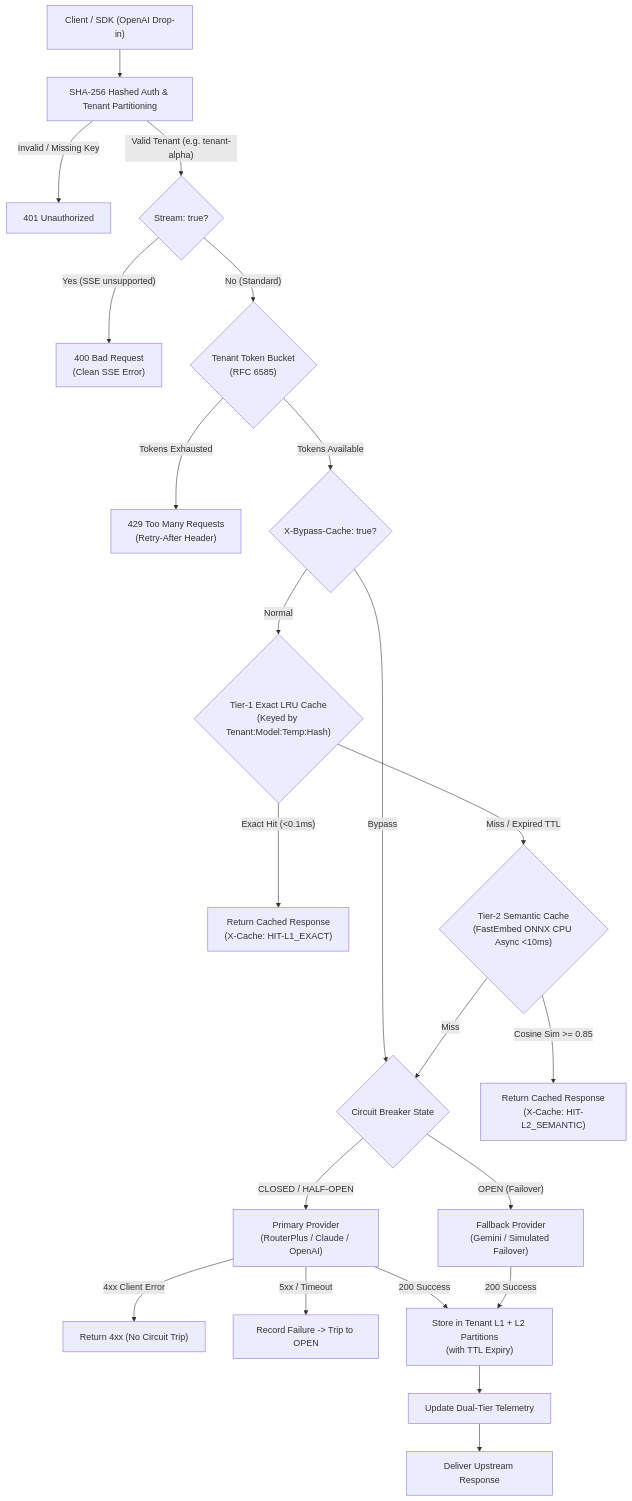
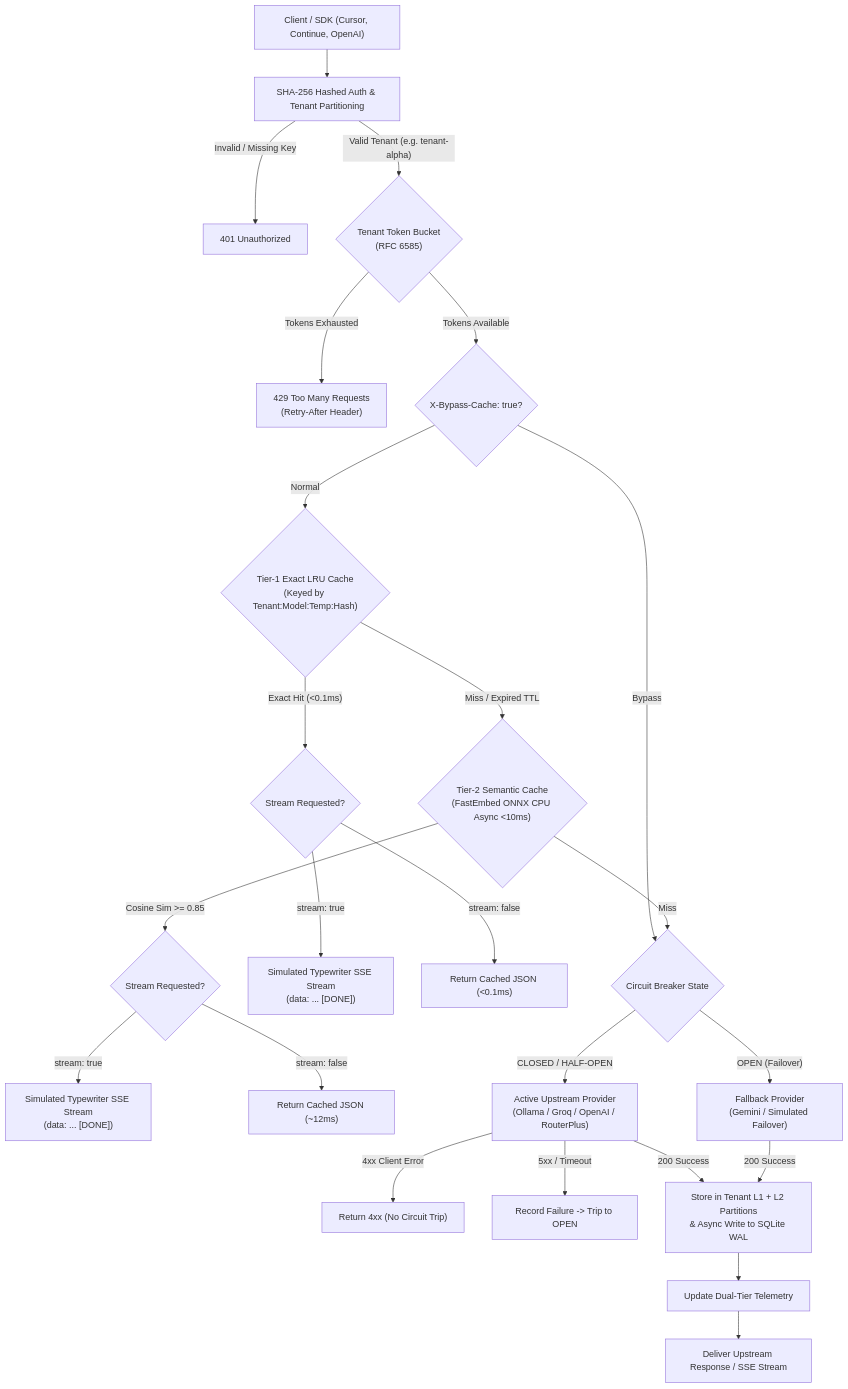
One commit to mihulbairagi/aegis-ai-gateway changed the diagram in README.md. Above: the diagram before and after it, drawn with Mermaid. The commit also changed other lines of this file and 12 other files, not shown here.

Commit message:
feat: production upgrade with SQLite WAL persistence, SSE streaming, multi-provider routing, web playground, and CLI entrypoint

````diff
--- a/README.md
+++ b/README.md
@@ -18,31 +30,34 @@
 ```mermaid
 flowchart TD
-    Client["Client / SDK (OpenAI Drop-in)"] --> Auth["SHA-256 Hashed Auth & Tenant Partitioning"]
+    Client["Client / SDK (Cursor, Continue, OpenAI)"] --> Auth["SHA-256 Hashed Auth & Tenant Partitioning"]
     Auth -- "Invalid / Missing Key" --> HTTP401["401 Unauthorized"]
-    Auth -- "Valid Tenant (e.g. tenant-alpha)" --> StreamCheck{"Stream: true?"}
-    
-    StreamCheck -- "Yes (SSE unsupported)" --> HTTP400["400 Bad Request\n(Clean SSE Error)"]
-    StreamCheck -- "No (Standard)" --> RateLimiter{"Tenant Token Bucket\n(RFC 6585)"}
+    Auth -- "Valid Tenant (e.g. tenant-alpha)" --> RateLimiter{"Tenant Token Bucket\n(RFC 6585)"}
     
     RateLimiter -- "Tokens Exhausted" --> HTTP429["429 Too Many Requests\n(Retry-After Header)"]
     RateLimiter -- "Tokens Available" --> BypassCheck{"X-Bypass-Cache: true?"}
     
     BypassCheck -- "Bypass" --> CB{"Circuit Breaker State"}
     BypassCheck -- "Normal" --> L1Cache{"Tier-1 Exact LRU Cache\n(Keyed by Tenant:Model:Temp:Hash)"}
     
-    L1Cache -- "Exact Hit (<0.1ms)" --> ResHit1["Return Cached Response\n(X-Cache: HIT-L1_EXACT)"]
+    L1Cache -- "Exact Hit (<0.1ms)" --> StreamOrJSON1{"Stream Requested?"}
+    StreamOrJSON1 -- "stream: true" --> SSEHit1["Simulated Typewriter SSE Stream\n(data: ... [DONE])"]
+    StreamOrJSON1 -- "stream: false" --> JSONHit1["Return Cached JSON (<0.1ms)"]
+    
     L1Cache -- "Miss / Expired TTL" --> L2Cache{"Tier-2 Semantic Cache\n(FastEmbed ONNX CPU Async <10ms)"}
     
-    L2Cache -- "Cosine Sim >= 0.85" --> ResHit2["Return Cached Response\n(X-Cache: HIT-L2_SEMANTIC)"]
+    L2Cache -- "Cosine Sim >= 0.85" --> StreamOrJSON2{"Stream Requested?"}
+    StreamOrJSON2 -- "stream: true" --> SSEHit2["Simulated Typewriter SSE Stream\n(data: ... [DONE])"]
+    StreamOrJSON2 -- "stream: false" --> JSONHit2["Return Cached JSON (~12ms)"]
+    
     L2Cache -- "Miss" --> CB
     
-    CB -- "CLOSED / HALF-OPEN" --> UpstreamPrimary["Primary Provider\n(RouterPlus / Claude / OpenAI)"]
+    CB -- "CLOSED / HALF-OPEN" --> UpstreamPrimary["Active Upstream Provider\n(Ollama / Groq / OpenAI / RouterPlus)"]
     CB -- "OPEN (Failover)" --> UpstreamFallback["Fallback Provider\n(Gemini / Simulated Failover)"]
     
     UpstreamPrimary -- "4xx Client Error" --> Passthrough4xx["Return 4xx (No Circuit Trip)"]
     UpstreamPrimary -- "5xx / Timeout" --> TripRecord["Record Failure -> Trip to OPEN"]
-    UpstreamPrimary -- "200 Success" --> CacheStore["Store in Tenant L1 + L2 Partitions\n(with TTL Expiry)"]
+    UpstreamPrimary -- "200 Success" --> CacheStore["Store in Tenant L1 + L2 Partitions\n& Async Write to SQLite WAL"]
     UpstreamFallback -- "200 Success" --> CacheStore
     CacheStore --> Metrics["Update Dual-Tier Telemetry"]
-    Metrics --> ClientRes["Deliver Upstream Response"]
+    Metrics --> ClientRes["Deliver Upstream Response / SSE Stream"]
 ```
````
